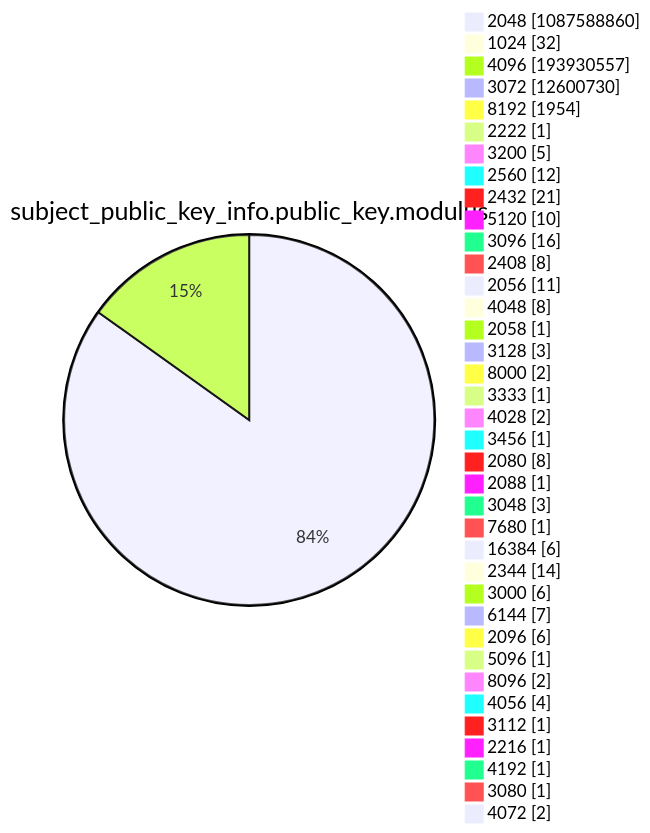
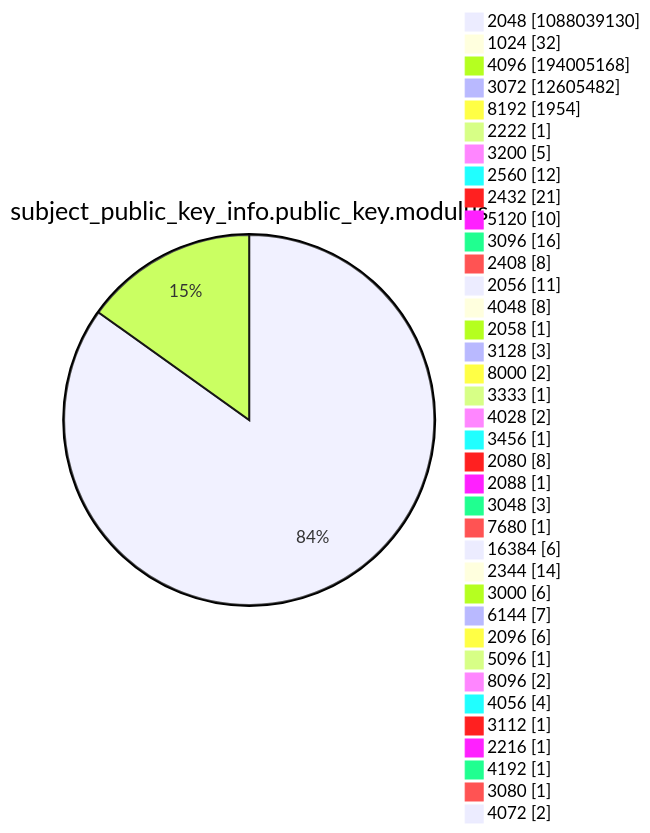
Before and after one commit to christiankrug/ctmonitor_visualization: diagram 13 of 15 in argon2022/README.md, drawn with Mermaid. The commit also changed other lines of this file, not shown here.

````diff
--- a/argon2022/README.md
+++ b/argon2022/README.md
@@ -3589,41 +3589,41 @@
 ```mermaid
 pie showData
 title subject_public_key_info.public_key.modulus
-"2048" :1087588860
+"2048" :1088039130
 "1024" :32
-"4096" :193930557
-"3072" :12600730
+"4096" :194005168
+"3072" :12605482
 "8192" :1954
 "2222" :1
 "3200" :5
 "2560" :12
 "2432" :21
 "5120" :10
 "3096" :16
 "2408" :8
 "2056" :11
 "4048" :8
 "2058" :1
 "3128" :3
 "8000" :2
 "3333" :1
 "4028" :2
 "3456" :1
 "2080" :8
 "2088" :1
 "3048" :3
 "7680" :1
 "16384" :6
 "2344" :14
 "3000" :6
 "6144" :7
 "2096" :6
 "5096" :1
 "8096" :2
 "4056" :4
 "3112" :1
 "2216" :1
 "4192" :1
 "3080" :1
 "4072" :2
 ```
````
